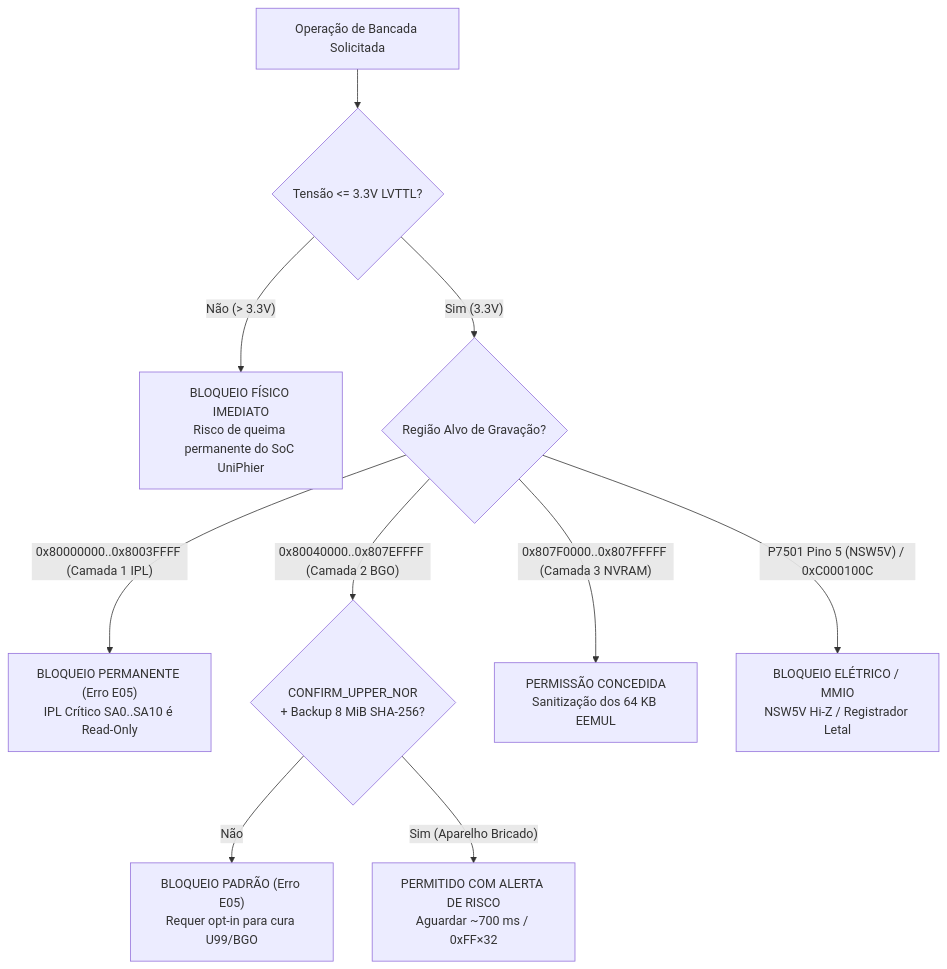
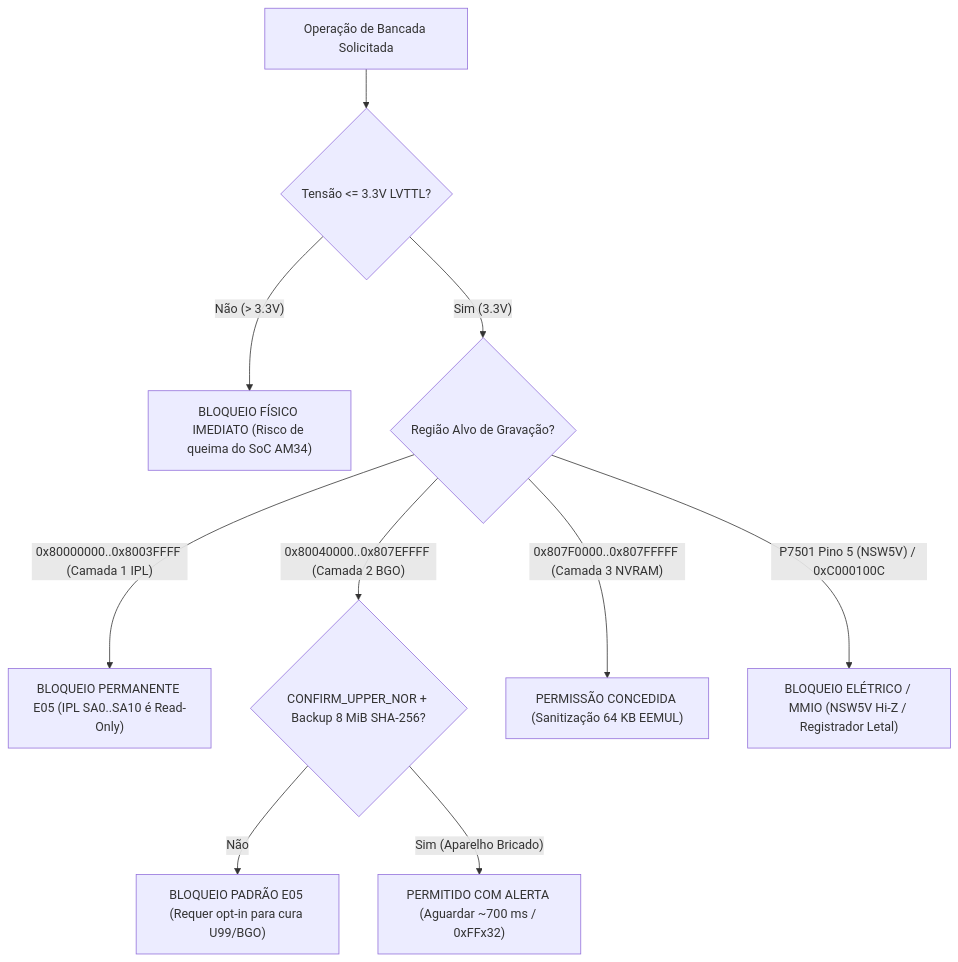
One commit to orgchrono/Panadiga changed the second of 2 diagrams in docs/pt-BR/ARQUITETURA_E_BLUEPRINT_DE_ENGENHARIA.md. Above: the diagram before and after it, drawn with Mermaid. The commit also changed other lines of this file and 83 other files, not shown here.

````diff
--- a/docs/pt-BR/ARQUITETURA_E_BLUEPRINT_DE_ENGENHARIA.md
+++ b/docs/pt-BR/ARQUITETURA_E_BLUEPRINT_DE_ENGENHARIA.md
@@ -126,13 +134,13 @@
 ```mermaid
-graph TD
+flowchart TD
     REQ["Operação de Bancada Solicitada"] --> CHECK_V{"Tensão <= 3.3V LVTTL?"}
-    CHECK_V -- "Não (> 3.3V)" --> ABORT_V["BLOQUEIO FÍSICO IMEDIATO<br/>Risco de queima permanente do SoC UniPhier"]
+    CHECK_V -- "Não (> 3.3V)" --> ABORT_V["BLOQUEIO FÍSICO IMEDIATO (Risco de queima do SoC AM34)"]
     CHECK_V -- "Sim (3.3V)" --> CHECK_REG{"Região Alvo de Gravação?"}
     
-    CHECK_REG -- "0x80000000..0x8003FFFF (Camada 1 IPL)" --> ABORT_BOOT["BLOQUEIO PERMANENTE (Erro E05)<br/>IPL Crítico SA0..SA10 é Read-Only"]
-    CHECK_REG -- "0x80040000..0x807EFFFF (Camada 2 BGO)" --> CHECK_OPTIN{"CONFIRM_UPPER_NOR<br/>+ Backup 8 MiB SHA-256?"}
-    CHECK_OPTIN -- "Não" --> ABORT_UPPER["BLOQUEIO PADRÃO (Erro E05)<br/>Requer opt-in para cura U99/BGO"]
-    CHECK_OPTIN -- "Sim (Aparelho Bricado)" --> WARN_BGO["PERMITIDO COM ALERTA DE RISCO<br/>Aguardar ~700 ms / 0xFF×32"]
-    CHECK_REG -- "0x807F0000..0x807FFFFF (Camada 3 NVRAM)" --> ALLOW_NVRAM["PERMISSÃO CONCEDIDA<br/>Sanitização dos 64 KB EEMUL"]
-    CHECK_REG -- "P7501 Pino 5 (NSW5V) / 0xC000100C" --> ABORT_PWR["BLOQUEIO ELÉTRICO / MMIO<br/>NSW5V Hi-Z / Registrador Letal"]
+    CHECK_REG -- "0x80000000..0x8003FFFF (Camada 1 IPL)" --> ABORT_BOOT["BLOQUEIO PERMANENTE E05 (IPL SA0..SA10 é Read-Only)"]
+    CHECK_REG -- "0x80040000..0x807EFFFF (Camada 2 BGO)" --> CHECK_OPTIN{"CONFIRM_UPPER_NOR + Backup 8 MiB SHA-256?"}
+    CHECK_OPTIN -- "Não" --> ABORT_UPPER["BLOQUEIO PADRÃO E05 (Requer opt-in para cura U99/BGO)"]
+    CHECK_OPTIN -- "Sim (Aparelho Bricado)" --> WARN_BGO["PERMITIDO COM ALERTA (Aguardar ~700 ms / 0xFFx32)"]
+    CHECK_REG -- "0x807F0000..0x807FFFFF (Camada 3 NVRAM)" --> ALLOW_NVRAM["PERMISSÃO CONCEDIDA (Sanitização 64 KB EEMUL)"]
+    CHECK_REG -- "P7501 Pino 5 (NSW5V) / 0xC000100C" --> ABORT_PWR["BLOQUEIO ELÉTRICO / MMIO (NSW5V Hi-Z / Registrador Letal)"]
 ```
````
